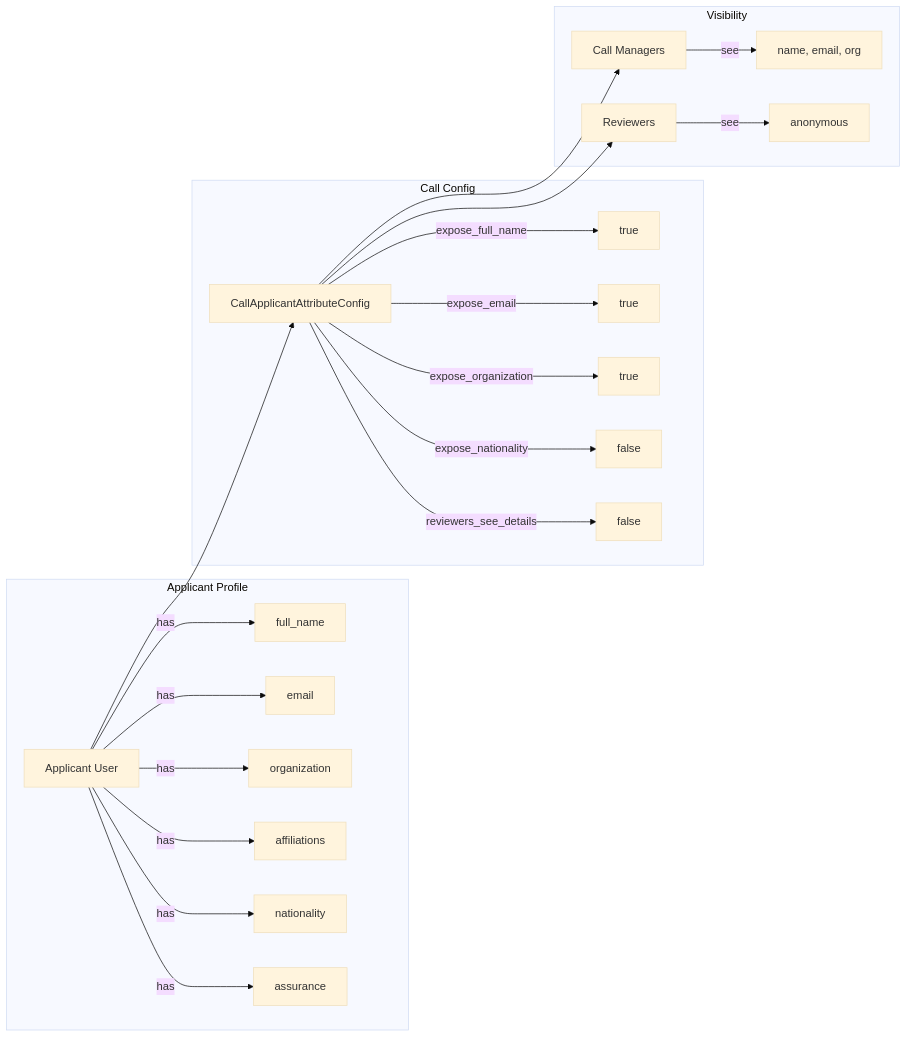
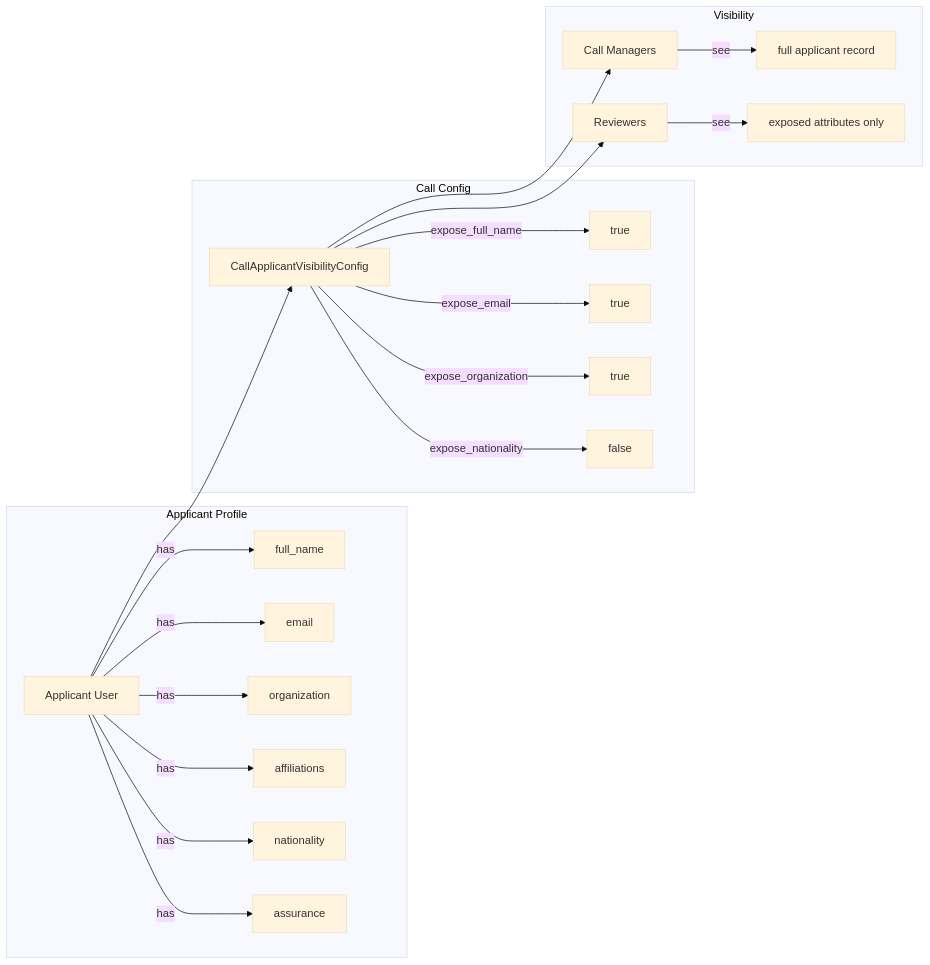
The second of 2 diagrams in docs/developer-guide/core-concepts/proposals-eligibility.md (waldur/waldur-docs), drawn with Mermaid (base theme) before and after one commit. The commit also changed other lines of this file and 35 other files, not shown here.

````diff
--- a/docs/developer-guide/core-concepts/proposals-eligibility.md
+++ b/docs/developer-guide/core-concepts/proposals-eligibility.md
@@ -165,32 +182,31 @@
 ```mermaid
 flowchart LR
     subgraph "Applicant Profile"
         AP[Applicant User]
         AP --> |has| A1[full_name]
         AP --> |has| A2[email]
         AP --> |has| A3[organization]
         AP --> |has| A4[affiliations]
         AP --> |has| A5[nationality]
         AP --> |has| A6[assurance]
     end
 
     subgraph "Call Config"
-        CC[CallApplicantAttributeConfig]
+        CC[CallApplicantVisibilityConfig]
         CC --> |expose_full_name| E1[true]
         CC --> |expose_email| E2[true]
         CC --> |expose_organization| E3[true]
         CC --> |expose_nationality| E4[false]
-        CC --> |reviewers_see_details| RV[false]
     end
 
     subgraph "Visibility"
         MG[Call Managers]
         RW[Reviewers]
-        MG --> |see| V1[name, email, org]
-        RW --> |see| V2[anonymous]
+        MG --> |see| V1[full applicant record]
+        RW --> |see| V2[exposed attributes only]
     end
 
     AP --> CC
     CC --> MG
     CC --> RW
 ```
````
